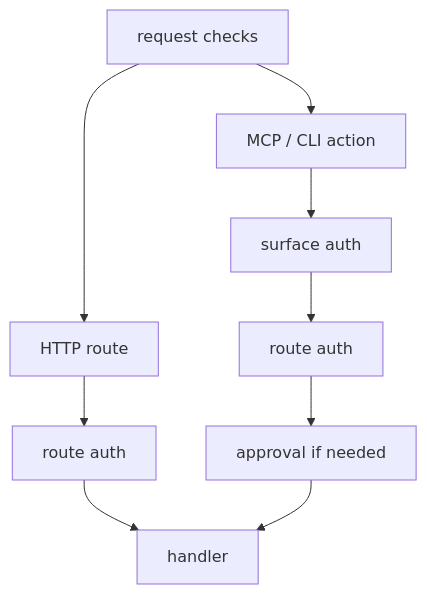
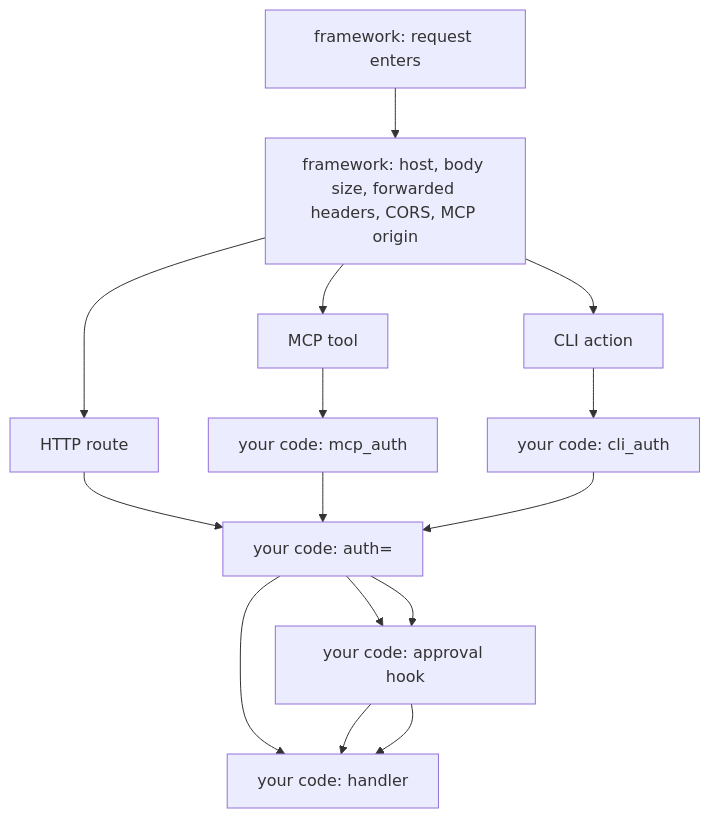
Before and after one commit to DevilsAutumn/quater: the diagram in docs/en/latest/security.md, drawn with Mermaid. The commit also changed other lines of this file and 29 other files, not shown here.

````diff
--- a/docs/en/latest/security.md
+++ b/docs/en/latest/security.md
@@ -13,14 +16,18 @@
 ```mermaid
 flowchart TB
-    security["request checks"]
-    http["HTTP route"]
-    exposed["MCP / CLI action"]
-    surface["surface auth"]
-    http_route["route auth"]
-    action_route["route auth"]
-    approval["approval if needed"]
-    handler["handler"]
+    request["framework: request enters"]
+    checks["framework: host, body size, forwarded headers, CORS, MCP origin"]
+    api["HTTP route"]
+    mcp["MCP tool"]
+    cli["CLI action"]
+    mcpauth["your code: mcp_auth"]
+    cliauth["your code: cli_auth"]
+    routeauth["your code: auth="]
+    approval["your code: approval hook"]
+    handler["your code: handler"]
 
-    security --> http --> http_route --> handler
-    security --> exposed --> surface --> action_route --> approval --> handler
+    request --> checks
+    checks --> api --> routeauth --> handler
+    checks --> mcp --> mcpauth --> routeauth --> approval --> handler
+    checks --> cli --> cliauth --> routeauth --> approval --> handler
 ```
````
